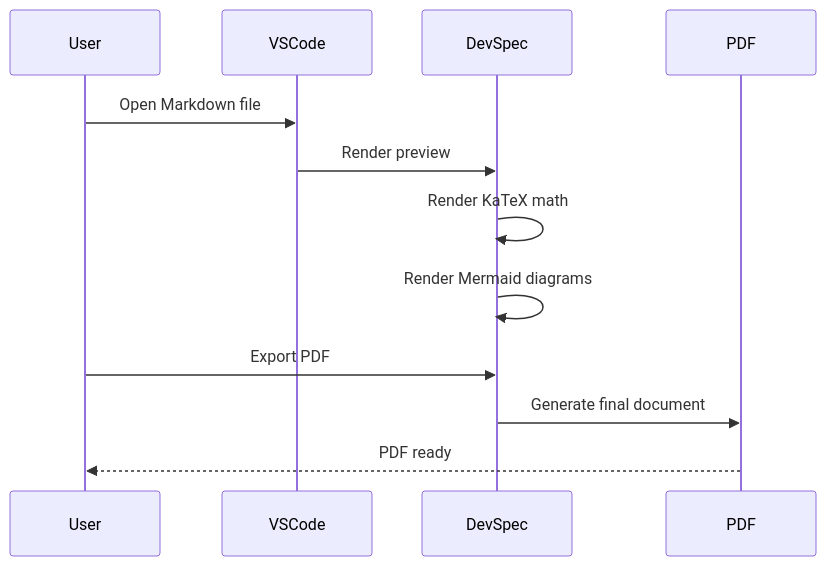
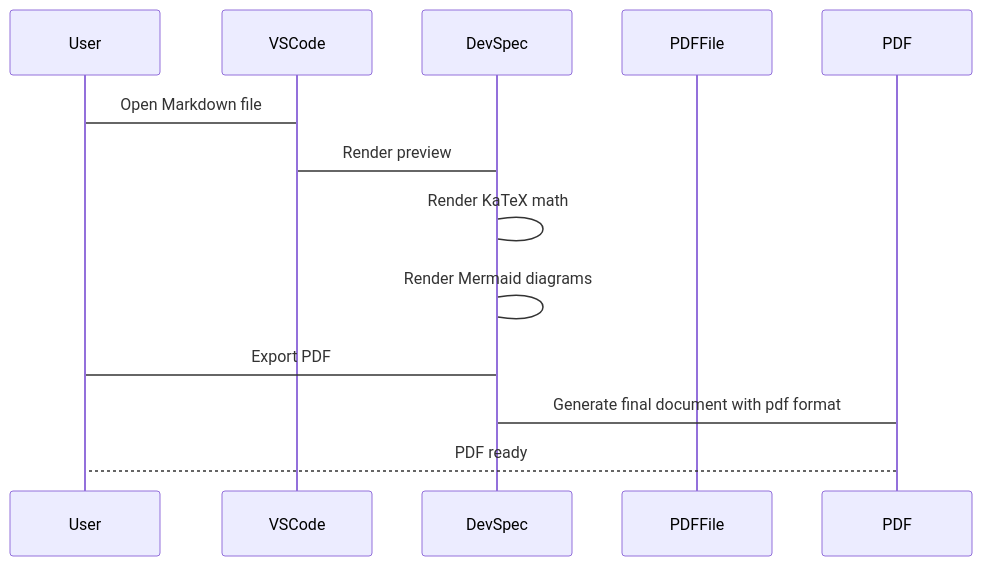
One commit to dghuuloc/devspec-markdown changed the fifth of 8 diagrams in docs/templates/bulk-api-devspec-embedded.md. Above: the diagram before and after it, drawn with Mermaid. The commit also changed other lines of this file and 6 other files, not shown here.

````diff
--- a/docs/templates/bulk-api-devspec-embedded.md
+++ b/docs/templates/bulk-api-devspec-embedded.md
@@ -552,15 +550,15 @@
 ```mermaid
 sequenceDiagram
     participant User
     participant VSCode
     participant DevSpec
-    participant PDF
+    participant PDFFile
 
-    User->>VSCode: Open Markdown file
-    VSCode->>DevSpec: Render preview
-    DevSpec->>DevSpec: Render KaTeX math
-    DevSpec->>DevSpec: Render Mermaid diagrams
-    User->>DevSpec: Export PDF
-    DevSpec->>PDF: Generate final document
-    PDF-->>User: PDF ready
+    User->VSCode: Open Markdown file
+    VSCode->DevSpec: Render preview
+    DevSpec->DevSpec: Render KaTeX math
+    DevSpec->DevSpec: Render Mermaid diagrams
+    User->DevSpec: Export PDF
+    DevSpec->PDF: Generate final document with pdf format
+    PDF-->User: PDF ready
 ```
````
